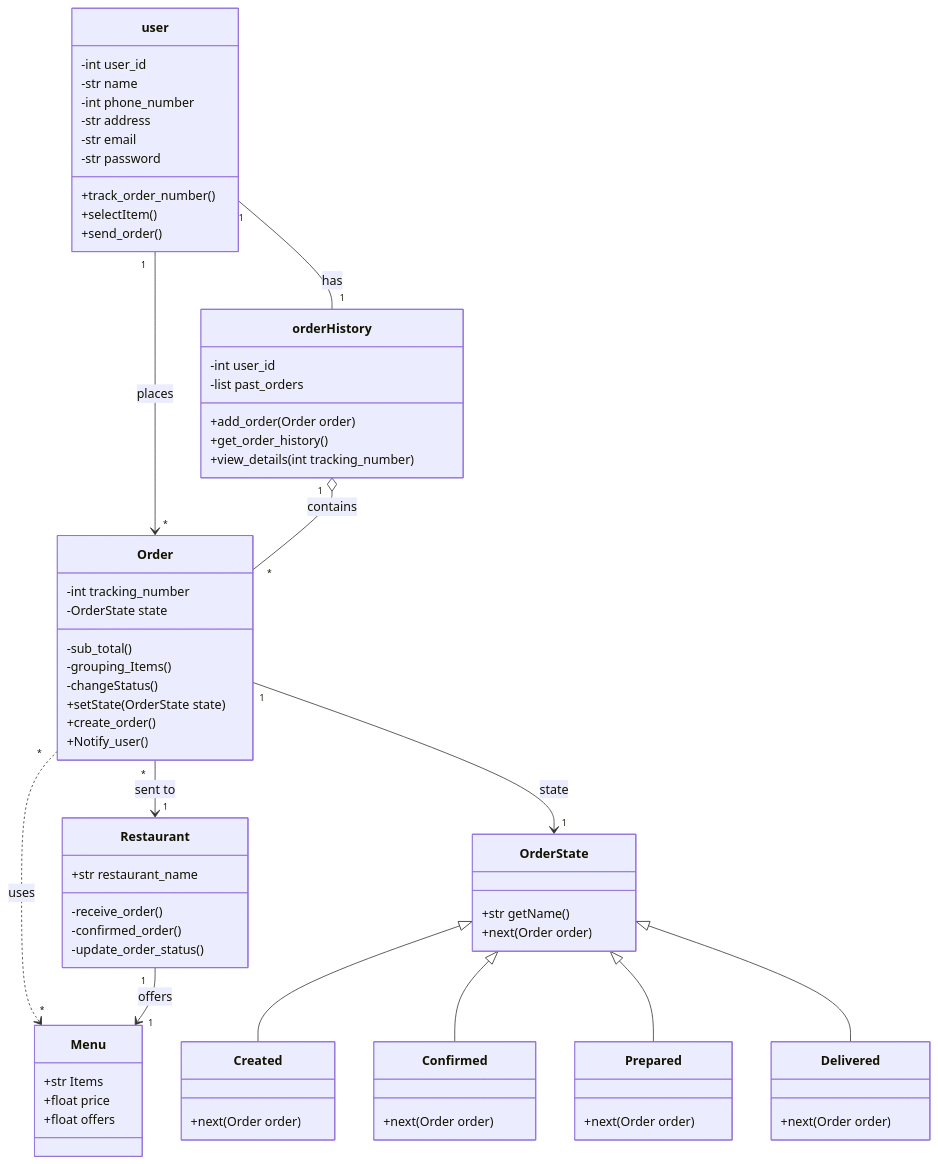
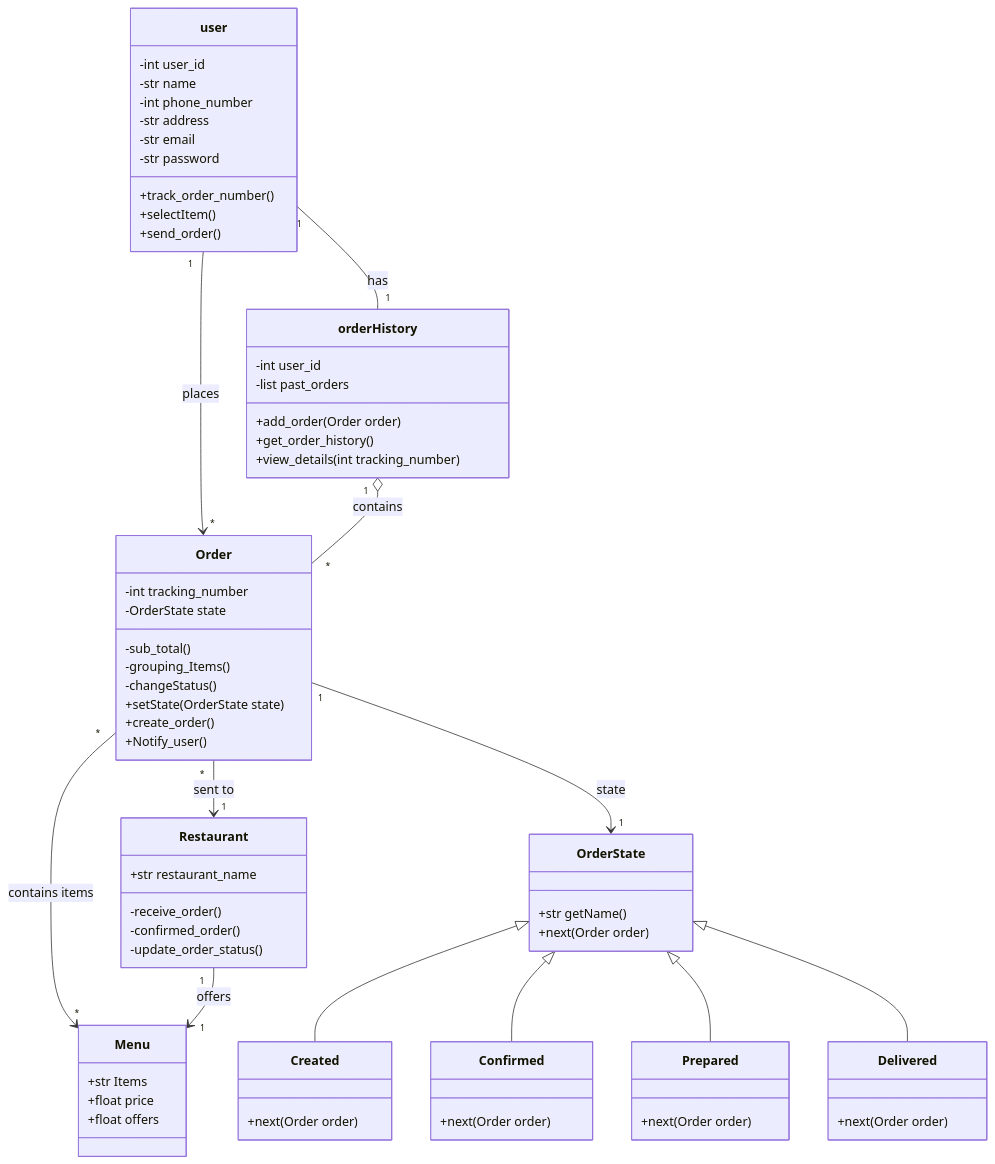
One commit to Tmadeer/Architecture_Plan_For_FoodDeliveryPlatform changed the diagram in taktakah/newclassdiagram.mmd. Above: the diagram before and after it, drawn with Mermaid.

Commit message:
trying out

```diff
--- a/taktakah/newclassdiagram.mmd
+++ b/taktakah/newclassdiagram.mmd
@@ -1,79 +1,79 @@
 classDiagram
 direction TB
 
     class user {
         -int user_id
         -str name
         -int phone_number
         -str address
         -str email
         -str password
         +track_order_number()
         +selectItem()
         +send_order()
     }
 
     class Menu {
         +str Items
         +float price
         +float offers
     }
 
     class Restaurant {
         +str restaurant_name
         -receive_order()
         -confirmed_order()
         -update_order_status()
     }
 
     class Order {
         -int tracking_number
         -OrderState state
         -sub_total()
         -grouping_Items()
         -changeStatus()
         +setState(OrderState state)
         +create_order()
         +Notify_user()
     }
 
     class orderHistory {
         -int user_id
         -list past_orders
         +add_order(Order order)
         +get_order_history()
         +view_details(int tracking_number)
     }
 
     class OrderState {
         +str getName() 
         +next(Order order)
     }
 
     class Created {
         +next(Order order)
     }
 
     class Confirmed {
         +next(Order order)
     }
 
     class Prepared {
         +next(Order order)
     }
 
     class Delivered {
         +next(Order order)
     }
 
     user "1" --> "*" Order : places
     user "1" -- "1" orderHistory : has
     orderHistory "1" o-- "*" Order : contains
     Order "*" --> "1" Restaurant : sent to
-    Order "*" ..> "*" Menu : uses
+    Order "*" --> "*" Menu : contains items
     Restaurant "1" --> "1" Menu : offers
     Order "1" --> "1" OrderState : state
     OrderState <|-- Created
     OrderState <|-- Confirmed
     OrderState <|-- Prepared
     OrderState <|-- Delivered
```
